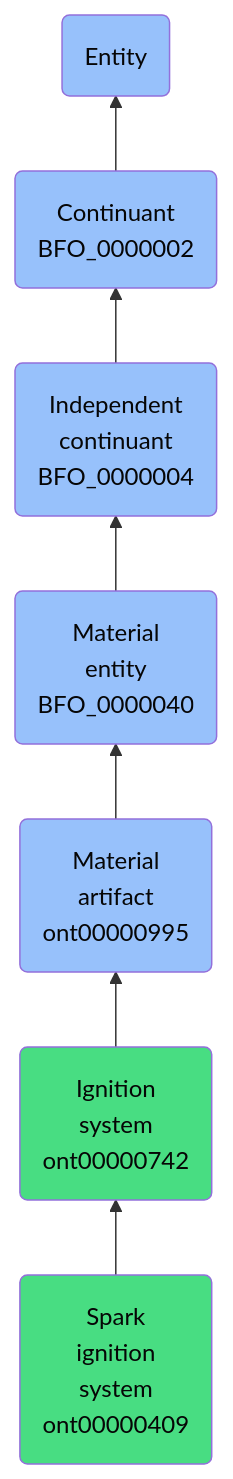
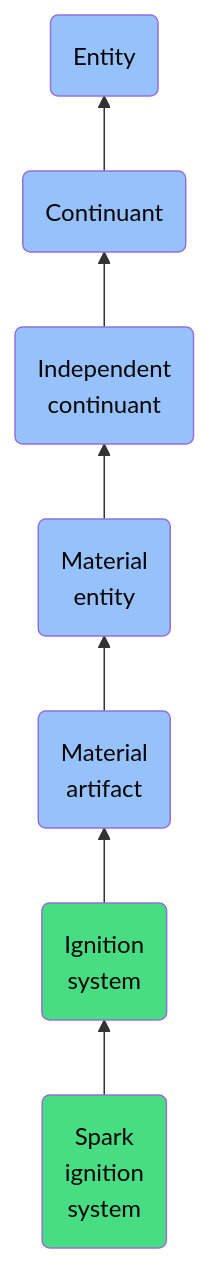
The diagram in docs/ontology/reference/model/Entity/Continuant/Independent continuant/Material entity/Material artifact/Ignition system/Spark ignition system/Spark ignition system.md (jupyter-naas/abi), drawn with Mermaid before and after one commit. The commit also changed other lines of this file and 1430 other files, not shown here.

````diff
--- a/docs/ontology/reference/model/Entity/Continuant/Independent continuant/Material entity/Material artifact/Ignition system/Spark ignition system/Spark ignition system.md
+++ b/docs/ontology/reference/model/Entity/Continuant/Independent continuant/Material entity/Material artifact/Ignition system/Spark ignition system/Spark ignition system.md
@@ -24,14 +24,14 @@
 ```mermaid
 graph BT
-    ont00000409(Spark<br>ignition<br>system<br>ont00000409):::ABI-->ont00000742
-    ont00000742(Ignition<br>system<br>ont00000742):::ABI-->ont00000995
-    ont00000995(Material<br>artifact<br>ont00000995):::BFO-->BFO_0000040
-    BFO_0000040(Material<br>entity<br>BFO_0000040):::BFO-->BFO_0000004
-    BFO_0000004(Independent<br>continuant<br>BFO_0000004):::BFO-->BFO_0000002
-    BFO_0000002(Continuant<br>BFO_0000002):::BFO-->BFO_0000001
+    ont00000409(Spark<br>ignition<br>system):::ABI-->ont00000742
+    ont00000742(Ignition<br>system):::ABI-->ont00000995
+    ont00000995(Material<br>artifact):::BFO-->BFO_0000040
+    BFO_0000040(Material<br>entity):::BFO-->BFO_0000004
+    BFO_0000004(Independent<br>continuant):::BFO-->BFO_0000002
+    BFO_0000002(Continuant):::BFO-->BFO_0000001
     BFO_0000001(Entity):::BFO
     
     classDef BFO fill:#97c1fb,color:#060606
     classDef CCO fill:#e4c51e,color:#060606
     classDef ABI fill:#48DD82,color:#060606
 ```
````
